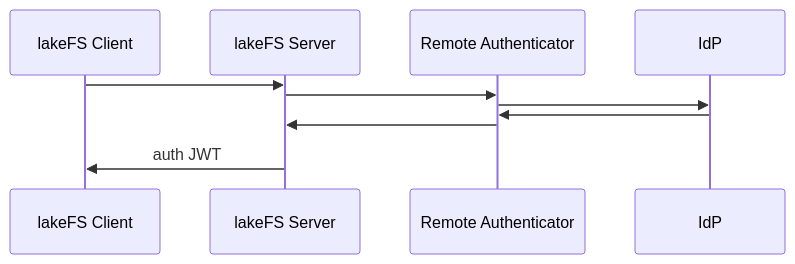
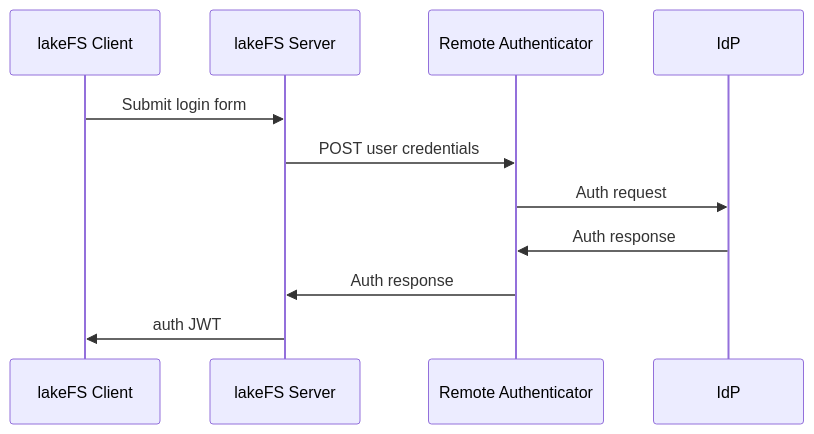
Before and after one commit to treeverse/lakeFS: the diagram in docs/reference/remote-authenticator.md, drawn with Mermaid.

Commit message:
This time for real for real

````diff
--- a/docs/reference/remote-authenticator.md
+++ b/docs/reference/remote-authenticator.md
@@ -18,13 +18,13 @@
 ```mermaid
 sequenceDiagram
     participant A as lakeFS Client
     participant B as lakeFS Server
     participant C as Remote Authenticator
     participant D as IdP
-    A->>B:
-    B->>C:
-    C->>D:
-    D->>C:
-    C->>B:
+    A->>B: Submit login form
+    B->>C: POST user credentials
+    C->>D: Auth request
+    D->>C: Auth response
+    C->>B: Auth response
     B->>A: auth JWT
 ```
````
